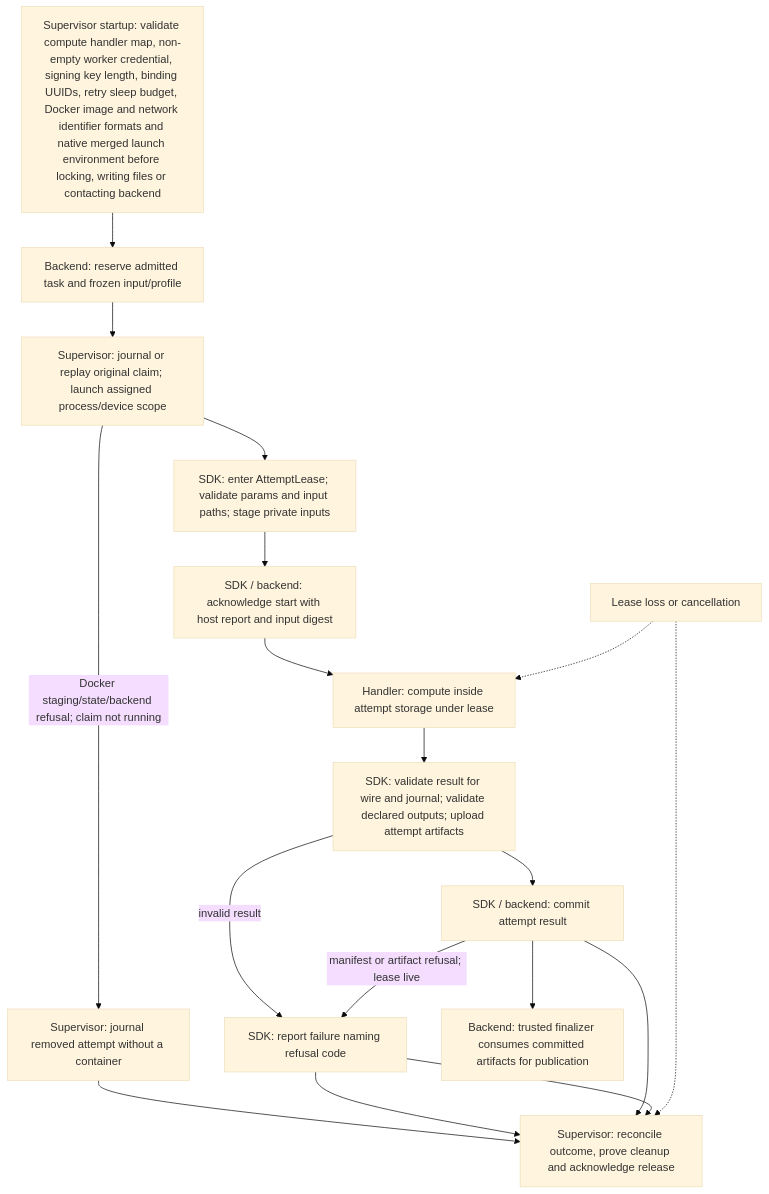
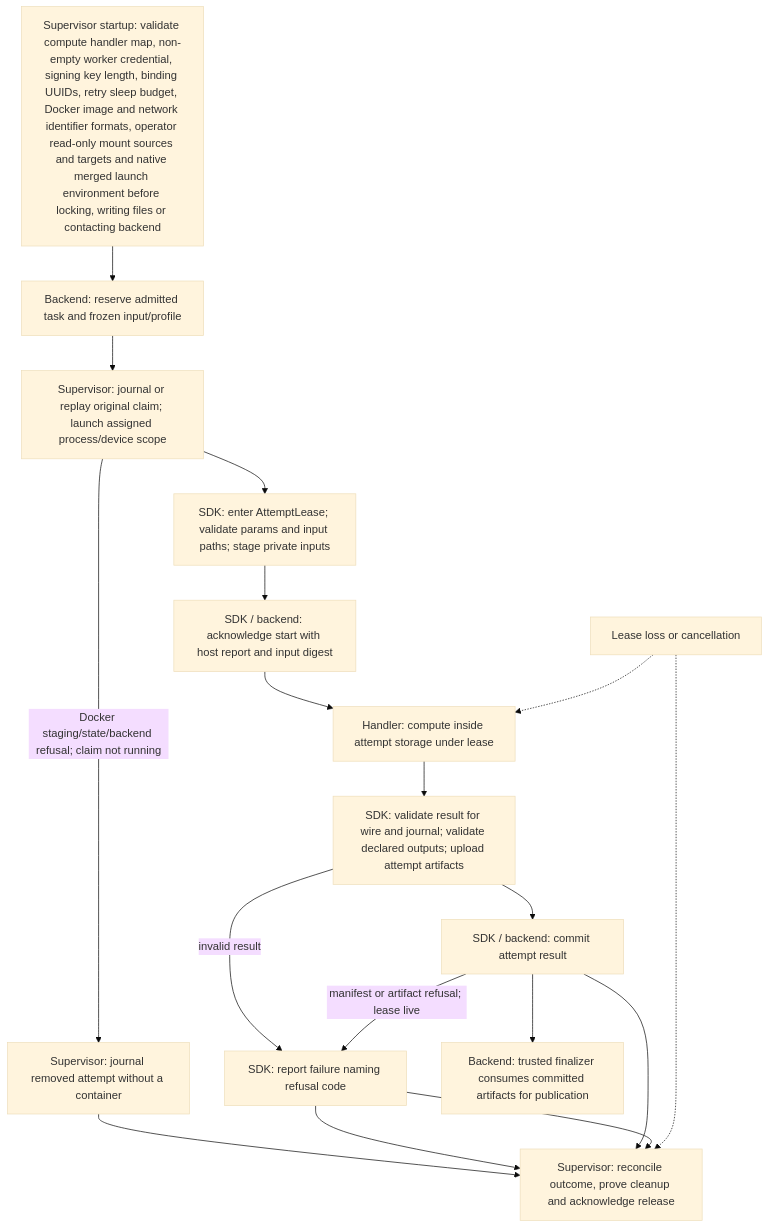
The second of 2 diagrams in docs/fleet/workflow-standard.md (SyngularXR/task-worker-api), drawn with Mermaid (base theme) before and after one commit. The commit also changed other lines of this file and 3 other files, not shown here.

Commit message:
Validate operator Docker mounts before supervisor startup (#215)

````diff
--- a/docs/fleet/workflow-standard.md
+++ b/docs/fleet/workflow-standard.md
@@ -101,20 +101,20 @@
 ```mermaid
 flowchart TD
-    config["Supervisor startup: validate compute handler map, non-empty worker credential, signing key length, binding UUIDs, retry sleep budget, Docker image and network identifier formats and native merged launch environment before locking, writing files or contacting backend"] --> backend["Backend: reserve admitted task and frozen input/profile"]
+    config["Supervisor startup: validate compute handler map, non-empty worker credential, signing key length, binding UUIDs, retry sleep budget, Docker image and network identifier formats, operator read-only mount sources and targets and native merged launch environment before locking, writing files or contacting backend"] --> backend["Backend: reserve admitted task and frozen input/profile"]
     backend --> supervisor["Supervisor: journal or replay original claim; launch assigned process/device scope"]
     supervisor --> stage["SDK: enter AttemptLease; validate params and input paths; stage private inputs"]
     supervisor -->|Docker staging/state/backend refusal; claim not running| refused["Supervisor: journal removed attempt without a container"]
     refused --> reconcile
     stage --> start["SDK / backend: acknowledge start with host report and input digest"]
     start --> handler["Handler: compute inside attempt storage under lease"]
     handler --> outputs["SDK: validate result for wire and journal; validate declared outputs; upload attempt artifacts"]
     outputs --> commit["SDK / backend: commit attempt result"]
     outputs -->|invalid result| failure["SDK: report failure while started attempt lease is live"]
     failure --> reconcile
     commit --> reconcile["Supervisor: reconcile outcome, prove cleanup and acknowledge release"]
     commit -->|manifest or artifact refusal; lease live| failure["SDK: report failure naming refusal code"]
     failure --> reconcile
     commit --> finalizer["Backend: trusted finalizer consumes committed artifacts for publication"]
     cancel["Lease loss or cancellation"] -.-> handler
     cancel -.-> reconcile
 ```
````
